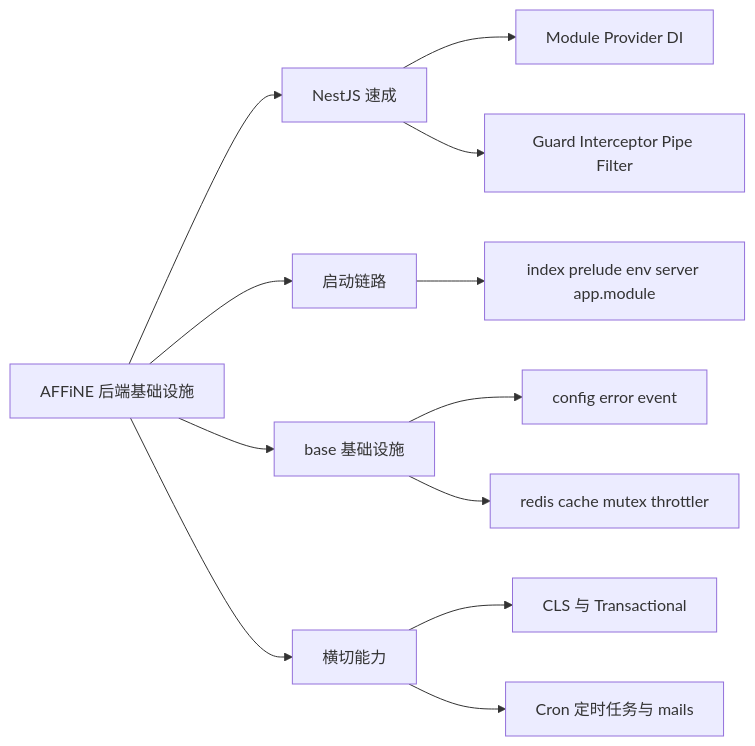
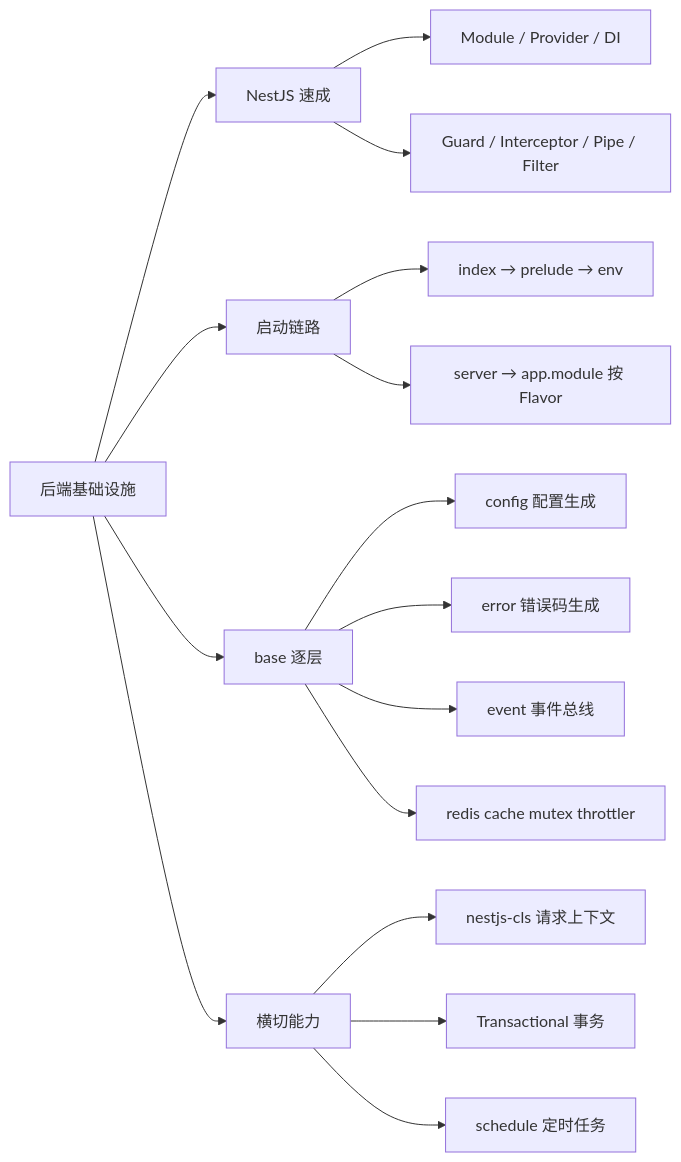
The first of 6 diagrams in learning-guide/slides/decks/21.md (lfire/AFFiNE), drawn with Mermaid before and after one commit. The commit also changed other lines of this file and 46 other files, not shown here.

````diff
--- a/learning-guide/slides/decks/21.md
+++ b/learning-guide/slides/decks/21.md
@@ -47,14 +33,18 @@
 ```mermaid
 flowchart LR
-    ROOT["AFFiNE 后端基础设施"] --> N["NestJS 速成"]
-    ROOT --> S["启动链路"]
-    ROOT --> B["base 基础设施"]
-    ROOT --> X["横切能力"]
-    N --> N1["Module Provider DI"]
-    N --> N2["Guard Interceptor Pipe Filter"]
-    S --> S1["index prelude env server app.module"]
-    B --> B1["config error event"]
-    B --> B2["redis cache mutex throttler"]
-    X --> X1["CLS 与 Transactional"]
-    X --> X2["Cron 定时任务与 mails"]
+  ROOT["后端基础设施"] --> N["NestJS 速成"]
+  ROOT --> B["启动链路"]
+  ROOT --> BASE["base 逐层"]
+  ROOT --> X["横切能力"]
+  N --> N1["Module / Provider / DI"]
+  N --> N2["Guard / Interceptor / Pipe / Filter"]
+  B --> B1["index → prelude → env"]
+  B --> B2["server → app.module 按 Flavor"]
+  BASE --> BA1["config 配置生成"]
+  BASE --> BA2["error 错误码生成"]
+  BASE --> BA3["event 事件总线"]
+  BASE --> BA4["redis cache mutex throttler"]
+  X --> X1["nestjs-cls 请求上下文"]
+  X --> X2["Transactional 事务"]
+  X --> X3["schedule 定时任务"]
 ```
````
